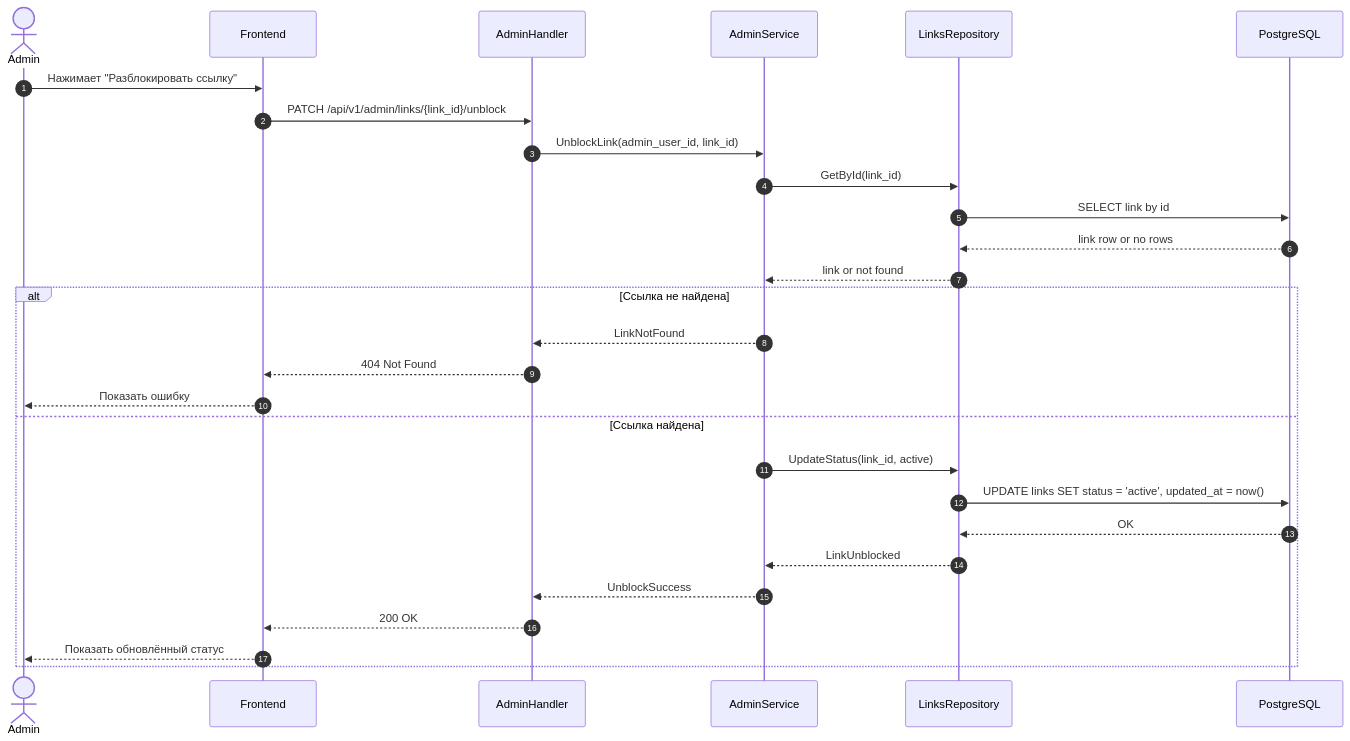
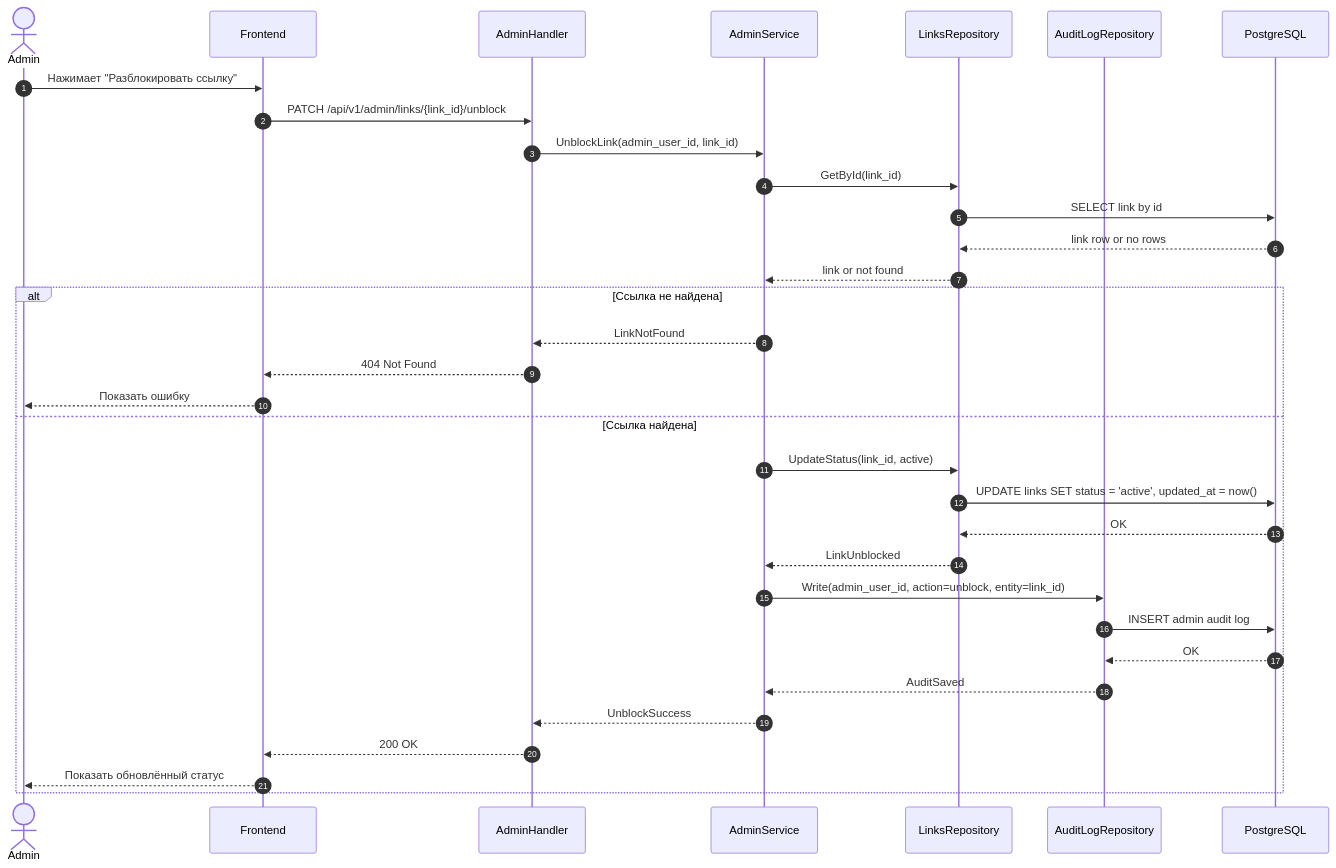
Before and after one commit to k3llone/TrackLink: the diagram in docs/Sequence/SD-30.md, drawn with Mermaid. The commit also changed 8 other files, not shown here.

````diff
--- a/docs/Sequence/SD-30.md
+++ b/docs/Sequence/SD-30.md
@@ -3,36 +3,42 @@
 ```mermaid
 sequenceDiagram
     autonumber
 
     actor Admin
     participant FE as Frontend
     participant ADH as AdminHandler
     participant ADS as AdminService
     participant LR as LinksRepository
+    participant AL as AuditLogRepository
     participant DB as PostgreSQL
 
     Admin->>FE: Нажимает "Разблокировать ссылку"
     FE->>ADH: PATCH /api/v1/admin/links/{link_id}/unblock
 
     ADH->>ADS: UnblockLink(admin_user_id, link_id)
 
     ADS->>LR: GetById(link_id)
     LR->>DB: SELECT link by id
     DB-->>LR: link row or no rows
     LR-->>ADS: link or not found
 
     alt Ссылка не найдена
         ADS-->>ADH: LinkNotFound
         ADH-->>FE: 404 Not Found
         FE-->>Admin: Показать ошибку
     else Ссылка найдена
         ADS->>LR: UpdateStatus(link_id, active)
         LR->>DB: UPDATE links SET status = 'active', updated_at = now()
         DB-->>LR: OK
         LR-->>ADS: LinkUnblocked
 
+        ADS->>AL: Write(admin_user_id, action=unblock, entity=link_id)
+        AL->>DB: INSERT admin audit log
+        DB-->>AL: OK
+        AL-->>ADS: AuditSaved
+
         ADS-->>ADH: UnblockSuccess
         ADH-->>FE: 200 OK
         FE-->>Admin: Показать обновлённый статус
     end
 ```
````
